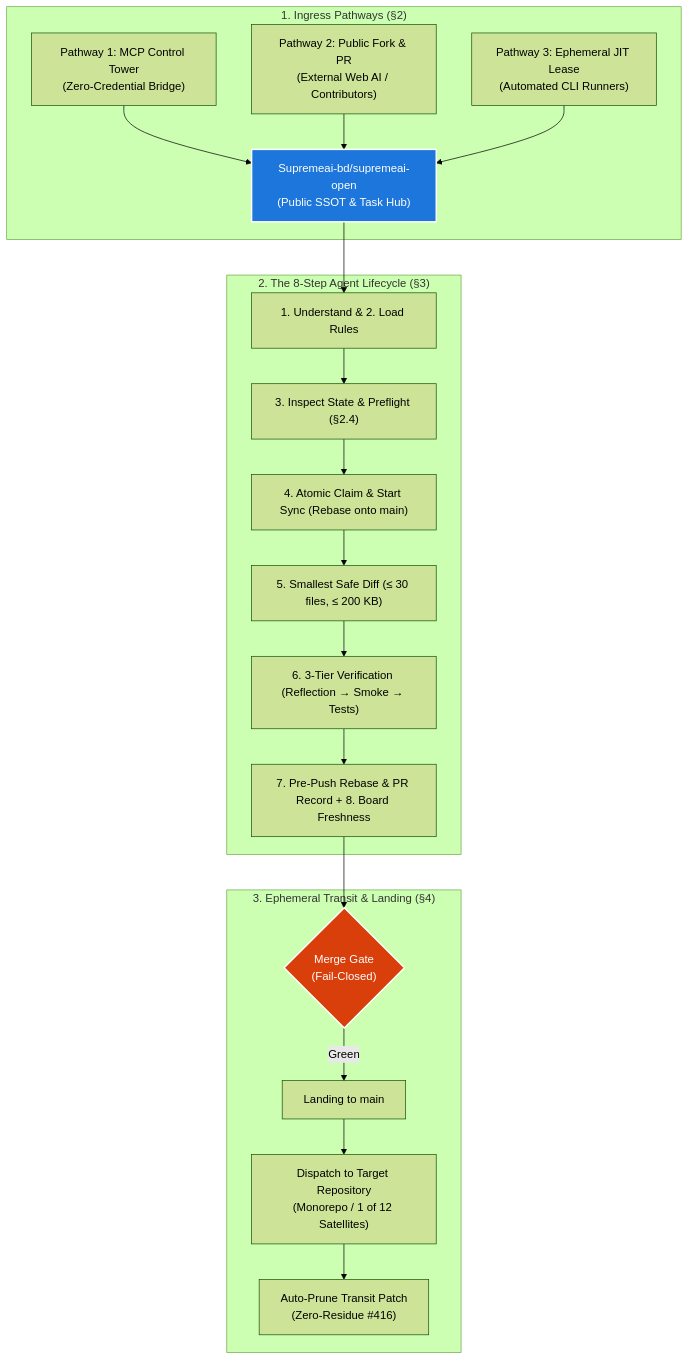
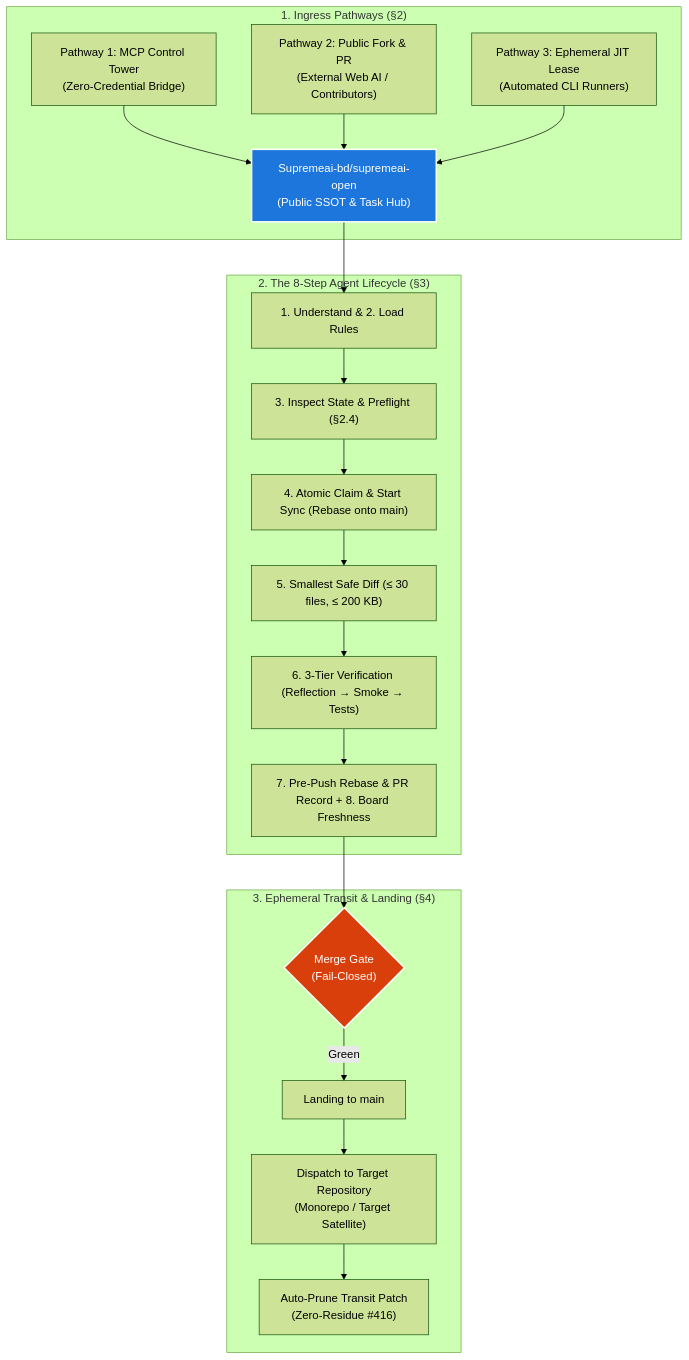
The diagram in AGENTS.md (Supremeai-bd/supremeai-open), drawn with Mermaid (forest theme) before and after one commit. The commit also changed other lines of this file and 2 other files, not shown here.

Commit message:
docs(topology): calibrate active product satellite references (#761)

````diff
--- a/AGENTS.md
+++ b/AGENTS.md
@@ -21,29 +21,29 @@
 ```mermaid
 flowchart TD
     subgraph INGRESS ["1. Ingress Pathways (§2)"]
         P1["Pathway 1: MCP Control Tower<br>(Zero-Credential Bridge)"] --> OPEN["Supremeai-bd/supremeai-open<br>(Public SSOT & Task Hub)"]
         P2["Pathway 2: Public Fork & PR<br>(External Web AI / Contributors)"] --> OPEN
         P3["Pathway 3: Ephemeral JIT Lease<br>(Automated CLI Runners)"] --> OPEN
     end
 
     subgraph LOOP ["2. The 8-Step Agent Lifecycle (§3)"]
         OPEN --> S1["1. Understand & 2. Load Rules"]
         S1 --> S2["3. Inspect State & Preflight (§2.4)"]
         S2 --> S3["4. Atomic Claim & Start Sync (Rebase onto main)"]
         S3 --> S4["5. Smallest Safe Diff (≤ 30 files, ≤ 200 KB)"]
         S4 --> S5["6. 3-Tier Verification (Reflection → Smoke → Tests)"]
         S5 --> S6["7. Pre-Push Rebase & PR Record + 8. Board Freshness"]
     end
 
     subgraph TRANSIT ["3. Ephemeral Transit & Landing (§4)"]
         S6 --> GATE{"Merge Gate<br>(Fail-Closed)"}
         GATE -- Green --> MERGE["Landing to main"]
-        MERGE --> DISPATCH["Dispatch to Target Repository<br>(Monorepo / 1 of 12 Satellites)"]
+        MERGE --> DISPATCH["Dispatch to Target Repository<br>(Monorepo / Target Satellite)"]
         DISPATCH --> PRUNE["Auto-Prune Transit Patch<br>(Zero-Residue #416)"]
     end
 
     classDef hub fill:#1d76db,stroke:#fff,stroke-width:2px,color:#fff;
     classDef gate fill:#d93f0b,stroke:#fff,stroke-width:2px,color:#fff;
     class OPEN hub;
     class GATE gate;
 ```
````
